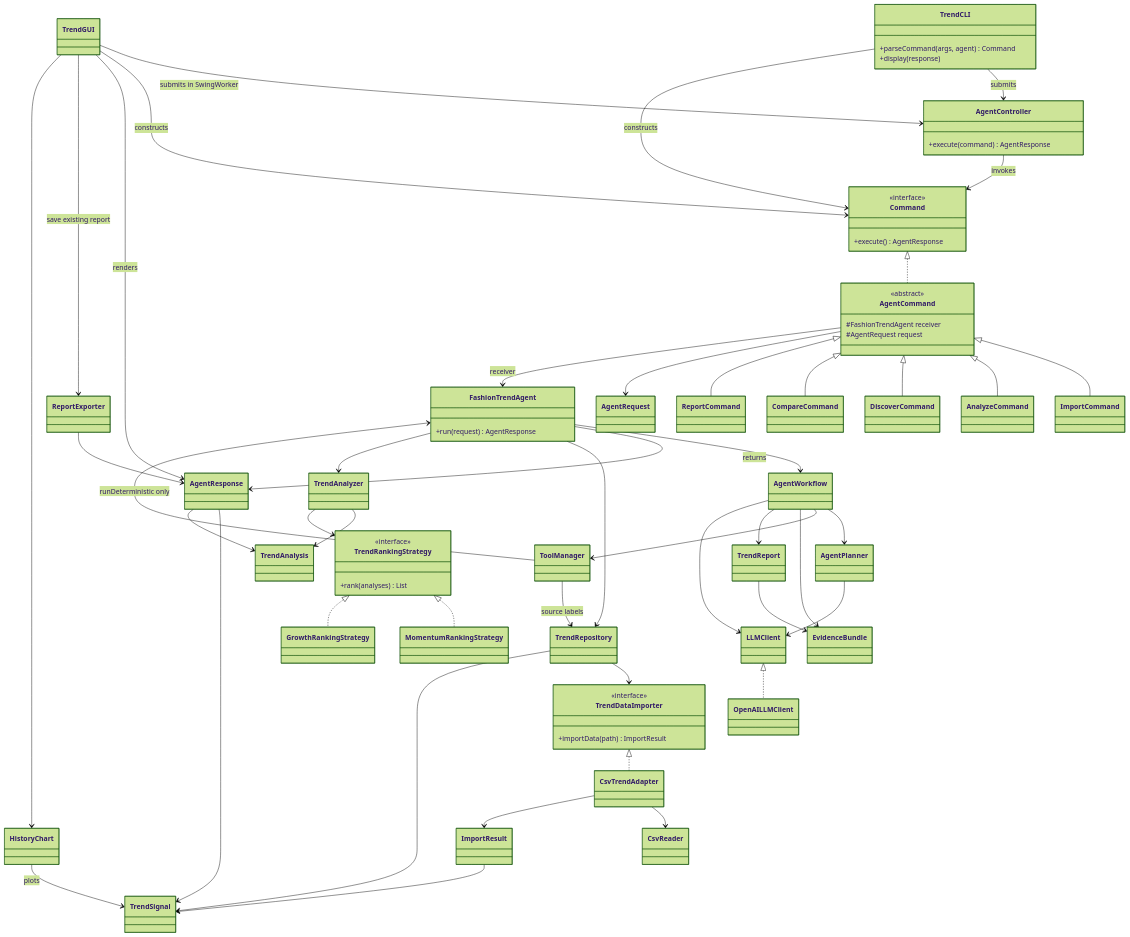
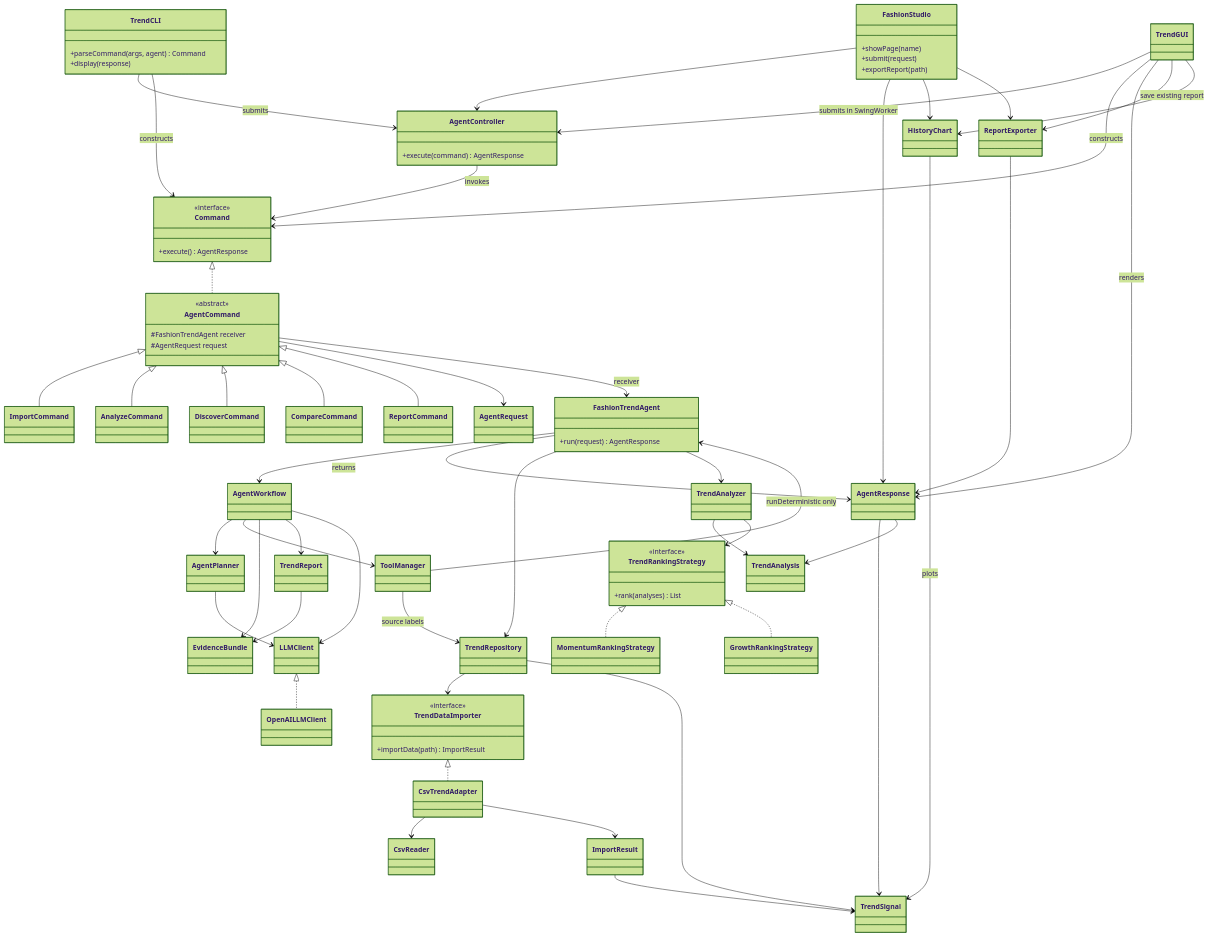
One commit to yunieyeonseolee/fashion-trend-agent-EECS-3311 changed the first of 3 diagrams in docs/architecture.md. Above: the diagram before and after it, drawn with Mermaid (forest theme). The commit also changed 9 other files, not shown here.

Commit message:
Add Atelier fashion studio with task-focused navigation and separate AI evidence views

````diff
--- a/docs/architecture.md
+++ b/docs/architecture.md
@@ -7,5 +7,14 @@
 ```mermaid
 classDiagram
+    class FashionStudio {
+        +showPage(name)
+        +submit(request)
+        +exportReport(path)
+    }
+    FashionStudio --> AgentController
+    FashionStudio --> AgentResponse
+    FashionStudio --> HistoryChart
+    FashionStudio --> ReportExporter
     class TrendCLI {
         +parseCommand(args, agent) Command
         +display(response)
````
